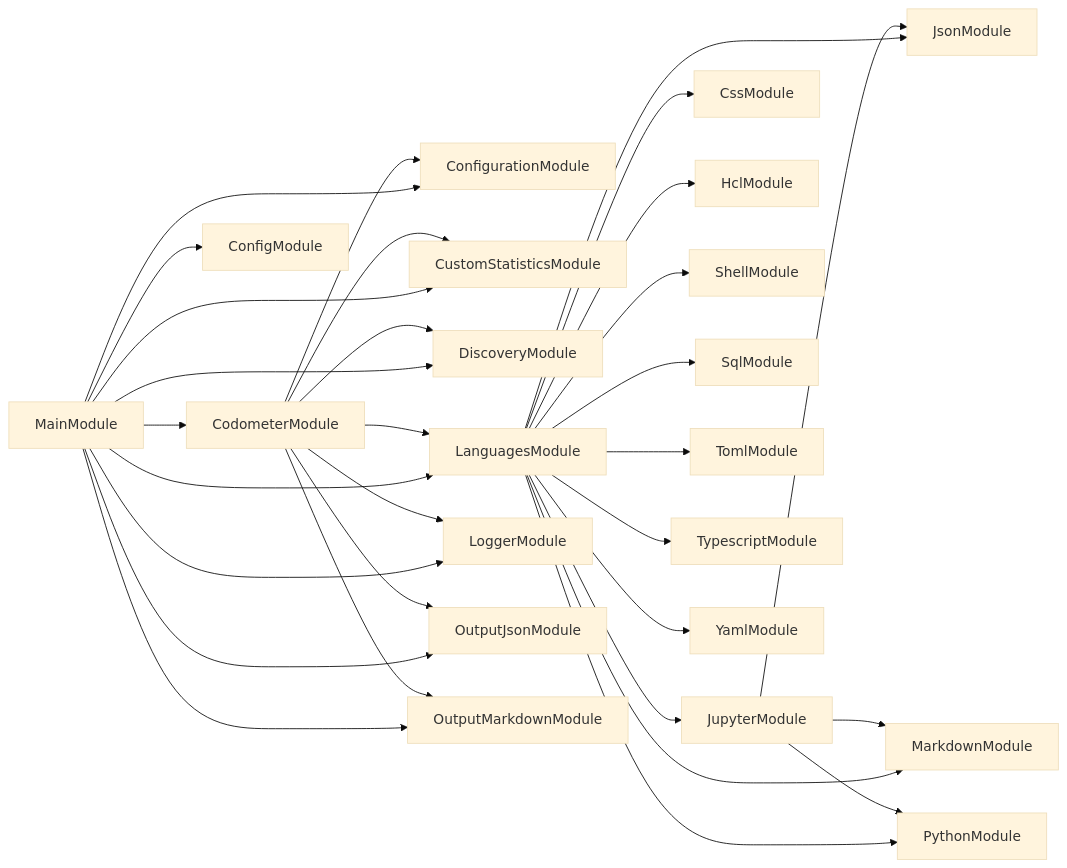
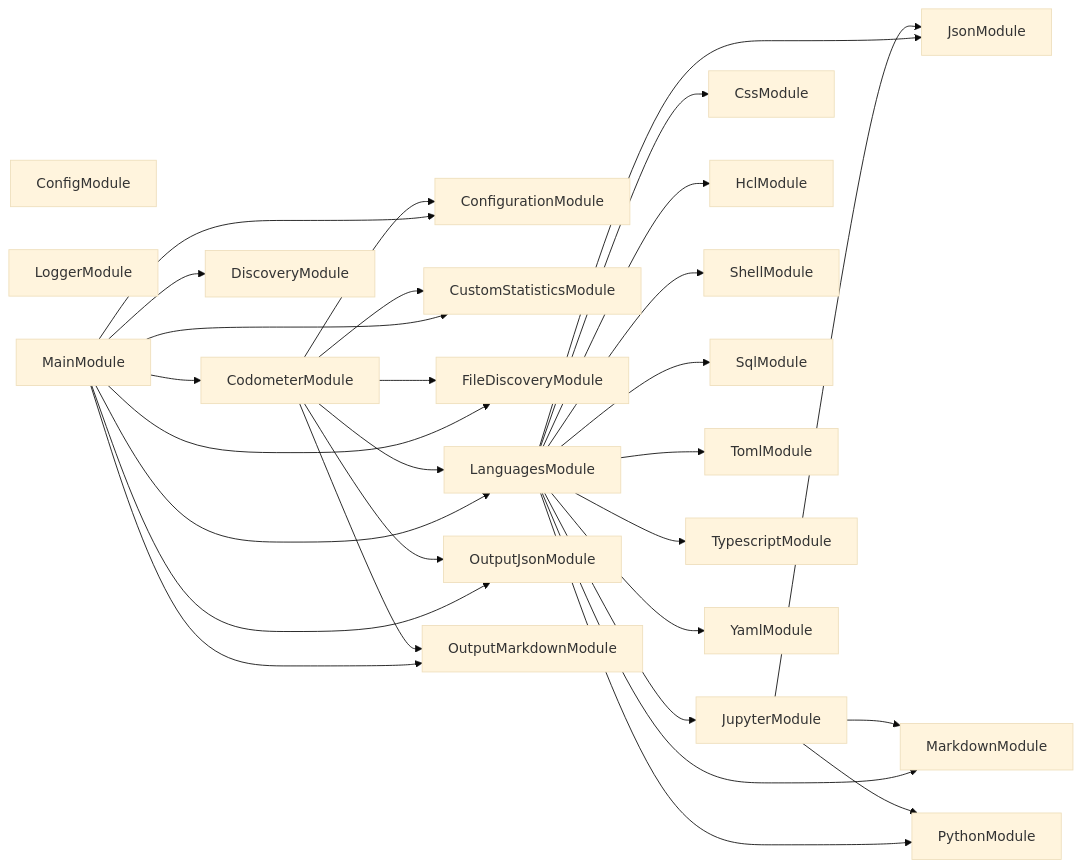
Before and after one commit to JimmyPaolini/codebase: the diagram in packages/codometer-cli/AGENTS.md, drawn with Mermaid (base theme). The commit also changed other lines of this file and 68 other files, not shown here.

Commit message:
feat(synchronization): ✨ graph every nestjs project through spelunker preview mode

````diff
--- a/packages/codometer-cli/AGENTS.md
+++ b/packages/codometer-cli/AGENTS.md
@@ -58,33 +58,33 @@
 ```mermaid
 flowchart LR
+  ConfigModule
+  LoggerModule
   CodometerModule --> ConfigurationModule
   CodometerModule --> CustomStatisticsModule
-  CodometerModule --> DiscoveryModule
+  CodometerModule --> FileDiscoveryModule
   CodometerModule --> LanguagesModule
-  CodometerModule --> LoggerModule
   CodometerModule --> OutputJsonModule
   CodometerModule --> OutputMarkdownModule
   JupyterModule --> JsonModule
   JupyterModule --> MarkdownModule
   JupyterModule --> PythonModule
   LanguagesModule --> CssModule
   LanguagesModule --> HclModule
   LanguagesModule --> JsonModule
   LanguagesModule --> JupyterModule
   LanguagesModule --> MarkdownModule
   LanguagesModule --> PythonModule
   LanguagesModule --> ShellModule
   LanguagesModule --> SqlModule
   LanguagesModule --> TomlModule
   LanguagesModule --> TypescriptModule
   LanguagesModule --> YamlModule
   MainModule --> CodometerModule
-  MainModule --> ConfigModule
   MainModule --> ConfigurationModule
   MainModule --> CustomStatisticsModule
   MainModule --> DiscoveryModule
+  MainModule --> FileDiscoveryModule
   MainModule --> LanguagesModule
-  MainModule --> LoggerModule
   MainModule --> OutputJsonModule
   MainModule --> OutputMarkdownModule
 ```
````
